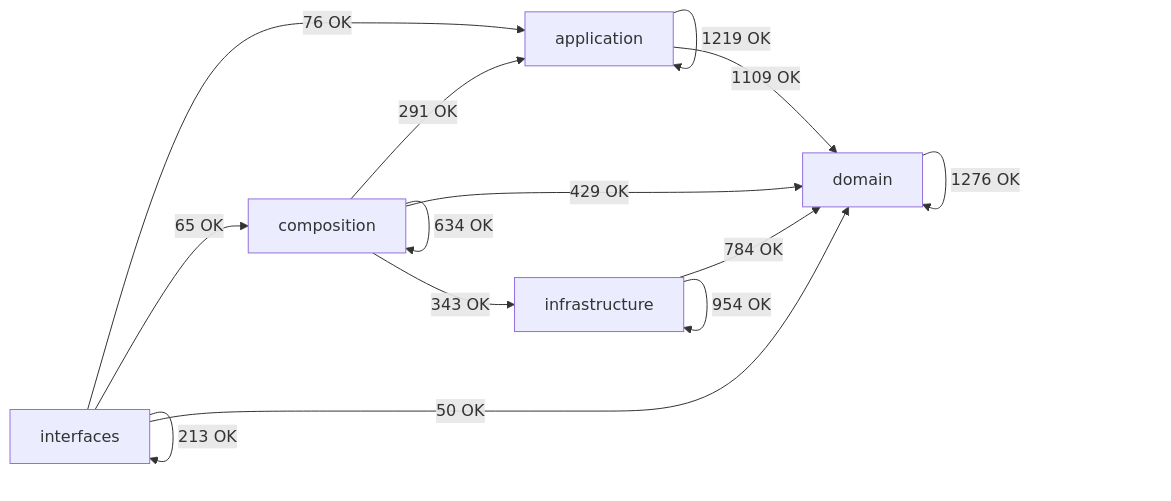
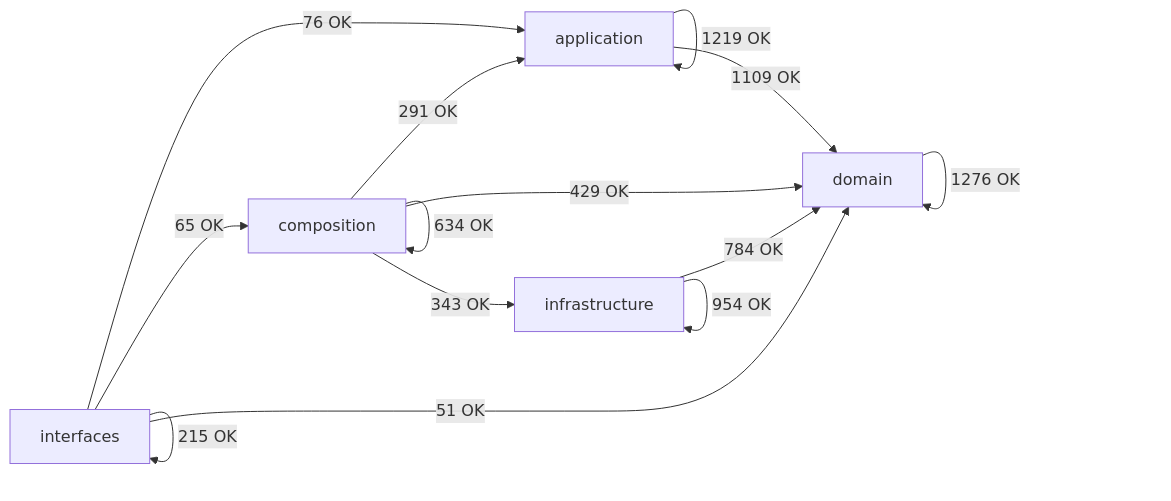
One commit to SatoryKono/BioactivityDataAcquisition changed the diagram in docs/02-architecture/generated/module-dependency-map.md. Above: the diagram before and after it, drawn with Mermaid. The commit also changed other lines of this file and 26 other files, not shown here.

````diff
--- a/docs/02-architecture/generated/module-dependency-map.md
+++ b/docs/02-architecture/generated/module-dependency-map.md
@@ -17,21 +17,21 @@
 ```mermaid
 flowchart LR
     domain[domain]
     application[application]
     infrastructure[infrastructure]
     composition[composition]
     interfaces[interfaces]
     application -->|1219 OK| application
     application -->|1109 OK| domain
     composition -->|291 OK| application
     composition -->|634 OK| composition
     composition -->|429 OK| domain
     composition -->|343 OK| infrastructure
     domain -->|1276 OK| domain
     infrastructure -->|784 OK| domain
     infrastructure -->|954 OK| infrastructure
     interfaces -->|76 OK| application
     interfaces -->|65 OK| composition
-    interfaces -->|50 OK| domain
-    interfaces -->|213 OK| interfaces
+    interfaces -->|51 OK| domain
+    interfaces -->|215 OK| interfaces
 ```
````
